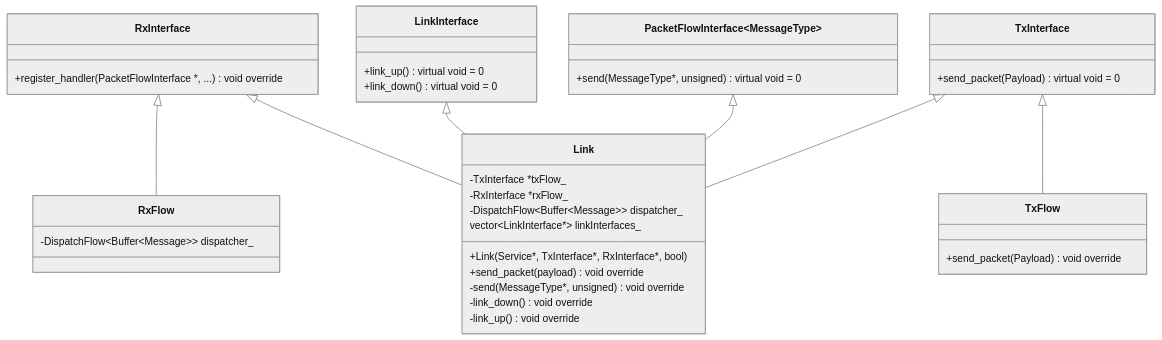
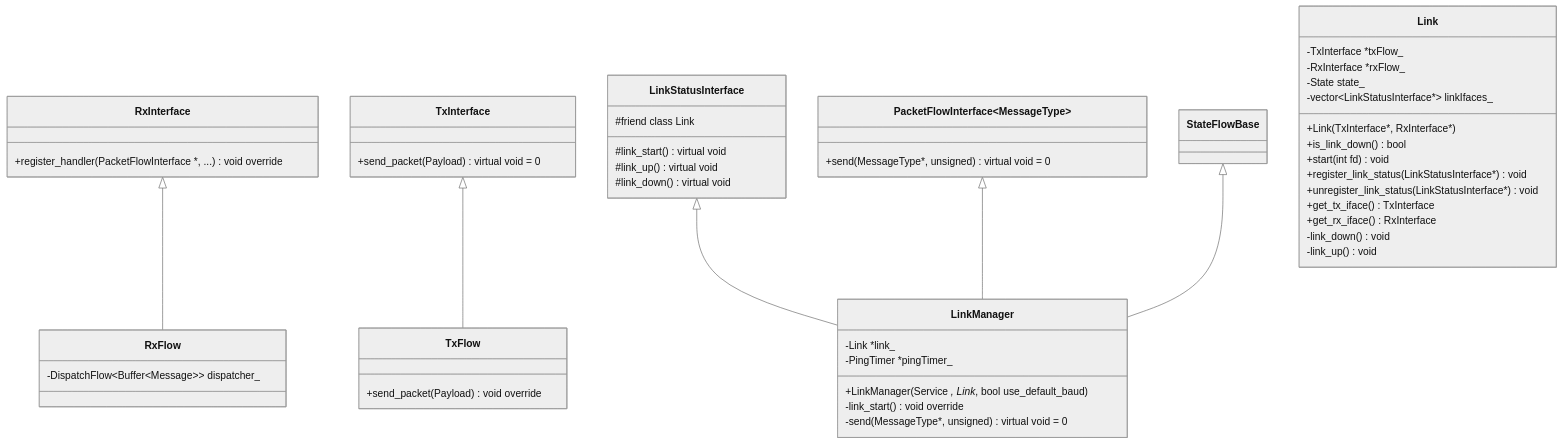
The fifth of 7 diagrams in src/traction_modem/README.md (bakerstu/openmrn), drawn with Mermaid (neutral theme) before and after one commit. The commit also changed other lines of this file, not shown here.

````diff
--- a/src/traction_modem/README.md
+++ b/src/traction_modem/README.md
@@ -140,26 +140,36 @@
 ```mermaid
 classDiagram
     RxInterface                      <|-- RxFlow
-    RxInterface                      <|-- Link
-    LinkInterface                    <|-- Link
-    PacketFlowInterface~MessageType~ <|-- Link
-    TxInterface                      <|-- Link
     TxInterface                      <|-- TxFlow
+    LinkStatusInterface              <|-- LinkManager
+    PacketFlowInterface~MessageType~ <|-- LinkManager
+    StateFlowBase                    <|-- LinkManager
 
     RxInterface         : +register_handler(PacketFlowInterface *, ...) void override
     TxInterface         : +send_packet(Payload) virtual void = 0
-    LinkInterface       : +link_up() virtual void = 0
-    LinkInterface       : +link_down() virtual void = 0
+    Link                : -TxInterface *txFlow_
+    Link                : -RxInterface *rxFlow_
+    Link                : -State state_
+    Link                : -vector~LinkStatusInterface*~ linkIfaces_
+    Link                : +Link(TxInterface*, RxInterface*)
+    Link                : +is_link_down() bool
+    Link                : +start(int fd) void
+    Link                : +register_link_status(LinkStatusInterface*) void
+    Link                : +unregister_link_status(LinkStatusInterface*) void
+    Link                : +get_tx_iface() TxInterface
+    Link                : +get_rx_iface() RxInterface
+    Link                : -link_down() void
+    Link                : -link_up() void
     PacketFlowInterface : +send(MessageType*, unsigned) virtual void = 0
     RxFlow              : -DispatchFlow~Buffer~Message~~ dispatcher_
     TxFlow              : +send_packet(Payload) void override
-    Link                : -TxInterface *txFlow_
-    Link                : -RxInterface *rxFlow_
-    Link                : -DispatchFlow~Buffer~Message~~ dispatcher_
-    Link                : vector~LinkInterface*~ linkInterfaces_
-    Link                : +Link(Service*, TxInterface*, RxInterface*, bool)
-    Link                : +send_packet(payload) void override
-    Link                : -send(MessageType*, unsigned) void override
-    Link                : -link_down() void override
-    Link                : -link_up() void override
+    LinkStatusInterface : #friend class Link
+    LinkStatusInterface : #link_start() virtual void
+    LinkStatusInterface : #link_up() virtual void
+    LinkStatusInterface : #link_down() virtual void
+    LinkManager         : -Link *link_
+    LinkManager         : -PingTimer *pingTimer_
+    LinkManager         : +LinkManager(Service *, Link*, bool use_default_baud)
+    LinkManager         : -link_start() void override
+    LinkManager         : -send(MessageType*, unsigned) virtual void = 0
 ```
````
